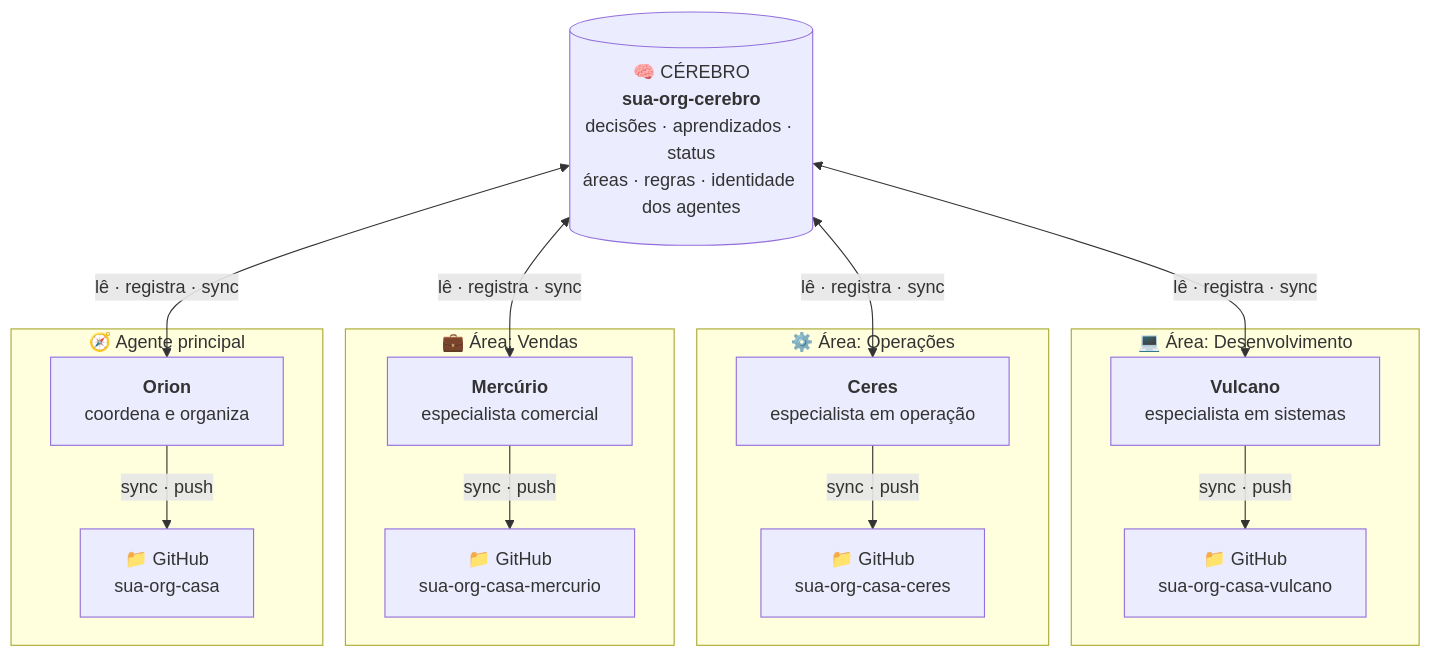
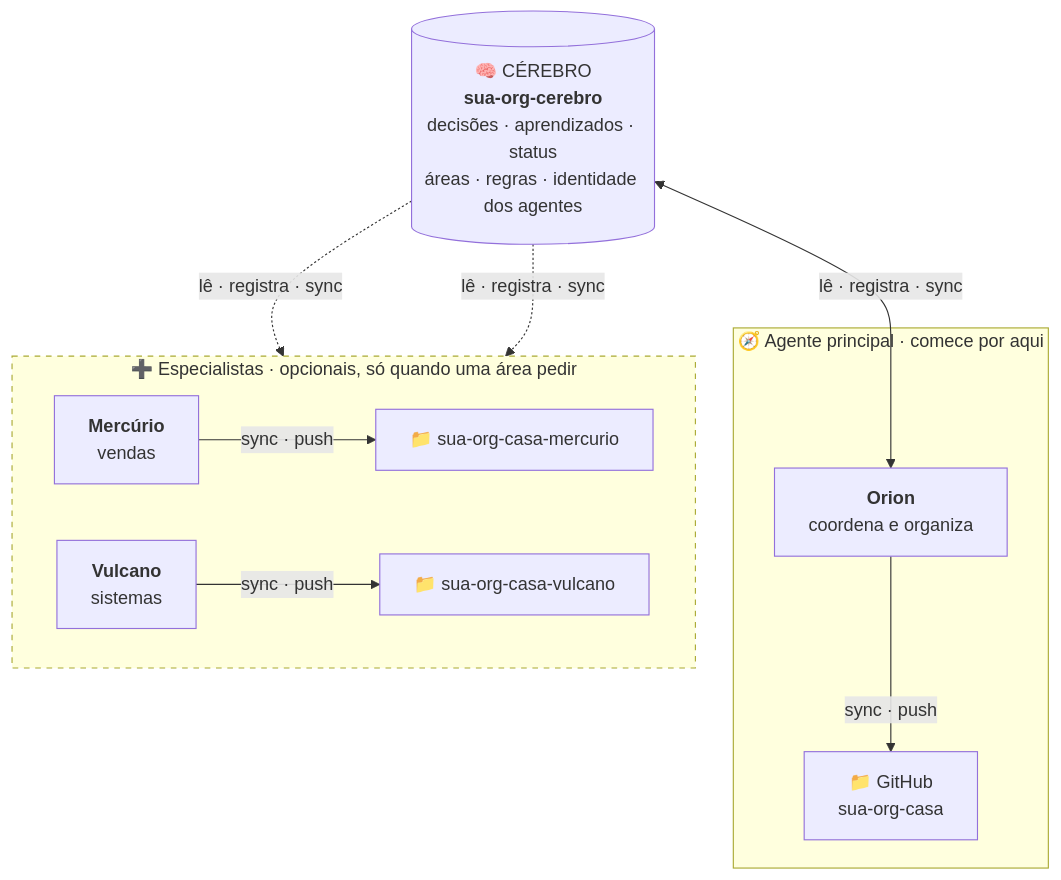
The second of 4 diagrams in README.md (DizevolvTech/hermes-agent-template), drawn with Mermaid before and after one commit. The commit also changed other lines of this file and 3 other files, not shown here.

````diff
--- a/README.md
+++ b/README.md
@@ -43,22 +43,18 @@
 ```mermaid
 flowchart TB
     C[("🧠 CÉREBRO<br/><b>sua-org-cerebro</b><br/>decisões · aprendizados · status<br/>áreas · regras · identidade dos agentes")]
 
-    subgraph D["💻 Área: Desenvolvimento"]
-        D1["<b>Vulcano</b><br/>especialista em sistemas"] -->|"sync · push"| D2["📁 GitHub<br/>sua-org-casa-vulcano"]
-    end
-    subgraph P["⚙️ Área: Operações"]
-        P1["<b>Ceres</b><br/>especialista em operação"] -->|"sync · push"| P2["📁 GitHub<br/>sua-org-casa-ceres"]
-    end
-    subgraph V["💼 Área: Vendas"]
-        V1["<b>Mercúrio</b><br/>especialista comercial"] -->|"sync · push"| V2["📁 GitHub<br/>sua-org-casa-mercurio"]
-    end
-    subgraph O["🧭 Agente principal"]
+    subgraph O["🧭 Agente principal · comece por aqui"]
         O1["<b>Orion</b><br/>coordena e organiza"] -->|"sync · push"| O2["📁 GitHub<br/>sua-org-casa"]
     end
+    subgraph E["➕ Especialistas · opcionais, só quando uma área pedir"]
+        direction LR
+        V1["<b>Mercúrio</b><br/>vendas"] -->|"sync · push"| V2["📁 sua-org-casa-mercurio"]
+        D1["<b>Vulcano</b><br/>sistemas"] -->|"sync · push"| D2["📁 sua-org-casa-vulcano"]
+    end
 
-    C <-->|"lê · registra · sync"| D1
-    C <-->|"lê · registra · sync"| P1
-    C <-->|"lê · registra · sync"| V1
     C <-->|"lê · registra · sync"| O1
+    C -.->|"lê · registra · sync"| V1
+    C -.->|"lê · registra · sync"| D1
+    style E stroke-dasharray: 5 5
 ```
````
